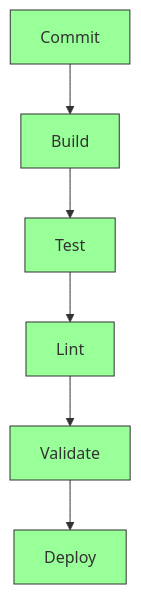
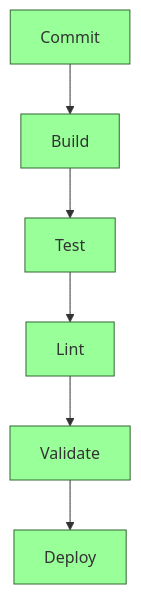
Before and after one commit to Evintkoo/2048-ml: the fifth of 6 diagrams in plans/09-Quality/03-CI/01-ci-pipeline.md, drawn with Mermaid. The commit also changed other lines of this file and 144 other files, not shown here.

````diff
--- a/plans/09-Quality/03-CI/01-ci-pipeline.md
+++ b/plans/09-Quality/03-CI/01-ci-pipeline.md
@@ -110,15 +110,15 @@
 ```mermaid
 graph TD
     A[Commit] --> B[Build]
     B --> C[Test]
     C --> D[Lint]
     D --> E[Validate]
     E --> F[Deploy]
     
-    style A fill:#9f9,stroke:#333
-    style F fill:#9f9,stroke:#333
-    style B fill:#9f9,stroke:#333
-    style C fill:#9f9,stroke:#333
-    style D fill:#9f9,stroke:#333
-    style E fill:#9f9,stroke:#333
+    style A fill:#9f9,stroke:#363
+    style F fill:#9f9,stroke:#363
+    style B fill:#9f9,stroke:#363
+    style C fill:#9f9,stroke:#363
+    style D fill:#9f9,stroke:#363
+    style E fill:#9f9,stroke:#363
 ```
````
